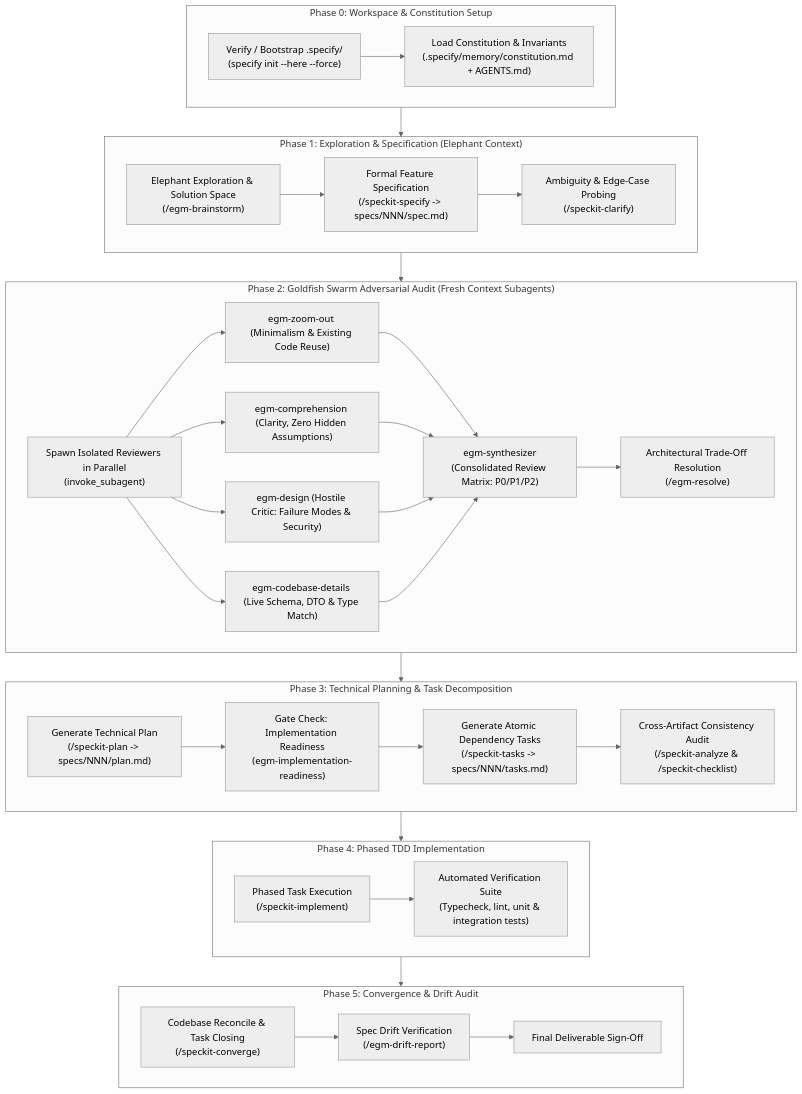
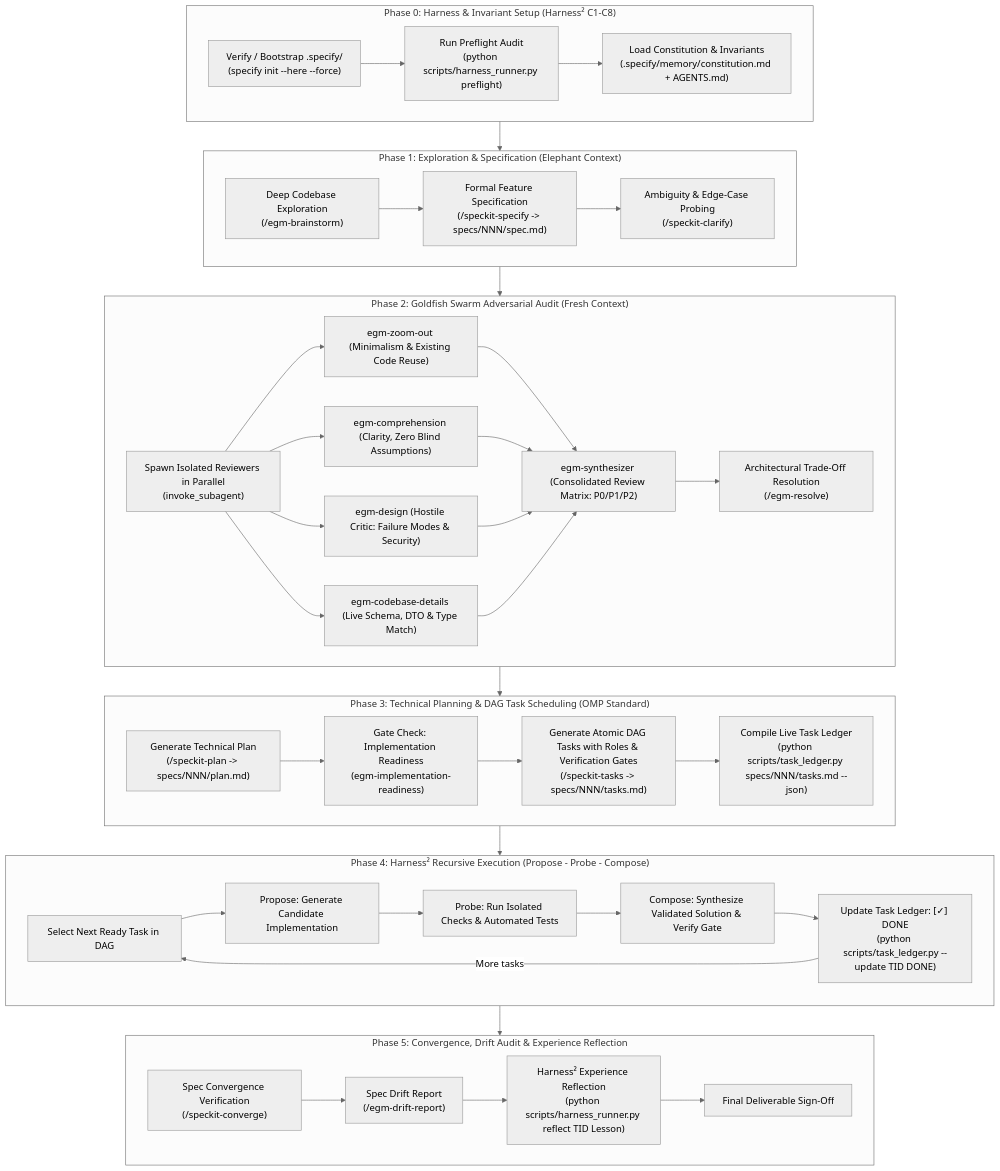
Before and after one commit to Royal2005-coder/oh-my-anti: the diagram in skills/egm-speckit/SKILL.md, drawn with Mermaid (neutral theme). The commit also changed other lines of this file and 7 other files, not shown here.

Commit message:
feat: integrate Google Research Harness2 recursive agent architecture and OMP task ledger

````diff
--- a/skills/egm-speckit/SKILL.md
+++ b/skills/egm-speckit/SKILL.md
@@ -22,38 +25,44 @@
 ```mermaid
 flowchart TD
-    subgraph P0["Phase 0: Workspace & Constitution Setup"]
-        A0["Verify / Bootstrap .specify/<br/>(specify init --here --force)"] --> A1["Load Constitution & Invariants<br/>(.specify/memory/constitution.md + AGENTS.md)"]
+    subgraph P0["Phase 0: Harness & Invariant Setup (Harness² C1-C8)"]
+        A0["Verify / Bootstrap .specify/<br/>(specify init --here --force)"] --> A1["Run Preflight Audit<br/>(python scripts/harness_runner.py preflight)"]
+        A1 --> A2["Load Constitution & Invariants<br/>(.specify/memory/constitution.md + AGENTS.md)"]
     end
 
     subgraph P1["Phase 1: Exploration & Specification (Elephant Context)"]
-        B1["Elephant Exploration & Solution Space<br/>(/egm-brainstorm)"] --> B2["Formal Feature Specification<br/>(/speckit-specify -> specs/NNN/spec.md)"]
+        B1["Deep Codebase Exploration<br/>(/egm-brainstorm)"] --> B2["Formal Feature Specification<br/>(/speckit-specify -> specs/NNN/spec.md)"]
         B2 --> B3["Ambiguity & Edge-Case Probing<br/>(/speckit-clarify)"]
     end
 
-    subgraph P2["Phase 2: Goldfish Swarm Adversarial Audit (Fresh Context Subagents)"]
+    subgraph P2["Phase 2: Goldfish Swarm Adversarial Audit (Fresh Context)"]
         C0["Spawn Isolated Reviewers in Parallel<br/>(invoke_subagent)"]
         C0 --> C1["egm-zoom-out (Minimalism & Existing Code Reuse)"]
-        C0 --> C2["egm-comprehension (Clarity, Zero Hidden Assumptions)"]
+        C0 --> C2["egm-comprehension (Clarity, Zero Blind Assumptions)"]
         C0 --> C3["egm-design (Hostile Critic: Failure Modes & Security)"]
         C0 --> C4["egm-codebase-details (Live Schema, DTO & Type Match)"]
-        C1 & C2 & C3 & C4 --> C5["egm-synthesizer<br/>(Consolidated Review Matrix: P0/P1/P2)"]
+        C1 & C2 & C3 & C4 --> C5["egm-synthesizer (Consolidated Review Matrix: P0/P1/P2)"]
         C5 --> C6["Architectural Trade-Off Resolution<br/>(/egm-resolve)"]
     end
 
-    subgraph P3["Phase 3: Technical Planning & Task Decomposition"]
+    subgraph P3["Phase 3: Technical Planning & DAG Task Scheduling (OMP Standard)"]
         D1["Generate Technical Plan<br/>(/speckit-plan -> specs/NNN/plan.md)"] --> D2["Gate Check: Implementation Readiness<br/>(egm-implementation-readiness)"]
-        D2 --> D3["Generate Atomic Dependency Tasks<br/>(/speckit-tasks -> specs/NNN/tasks.md)"]
-        D3 --> D4["Cross-Artifact Consistency Audit<br/>(/speckit-analyze & /speckit-checklist)"]
+        D2 --> D3["Generate Atomic DAG Tasks with Roles & Verification Gates<br/>(/speckit-tasks -> specs/NNN/tasks.md)"]
+        D3 --> D4["Compile Live Task Ledger<br/>(python scripts/task_ledger.py specs/NNN/tasks.md --json)"]
     end
 
-    subgraph P4["Phase 4: Phased TDD Implementation"]
-        E1["Phased Task Execution<br/>(/speckit-implement)"] --> E2["Automated Verification Suite<br/>(Typecheck, lint, unit & integration tests)"]
+    subgraph P4["Phase 4: Harness² Recursive Execution (Propose - Probe - Compose)"]
+        E1["Select Next Ready Task in DAG"] --> E2["Propose: Generate Candidate Implementation"]
+        E2 --> E3["Probe: Run Isolated Checks & Automated Tests"]
+        E3 --> E4["Compose: Synthesize Validated Solution & Verify Gate"]
+        E4 --> E5["Update Task Ledger: [✓] DONE<br/>(python scripts/task_ledger.py --update TID DONE)"]
+        E5 -->|More tasks| E1
     end
 
-    subgraph P5["Phase 5: Convergence & Drift Audit"]
-        F1["Codebase Reconcile & Task Closing<br/>(/speckit-converge)"] --> F2["Spec Drift Verification<br/>(/egm-drift-report)"]
-        F2 --> F3["Final Deliverable Sign-Off"]
+    subgraph P5["Phase 5: Convergence, Drift Audit & Experience Reflection"]
+        F1["Spec Convergence Verification<br/>(/speckit-converge)"] --> F2["Spec Drift Report<br/>(/egm-drift-report)"]
+        F2 --> F3["Harness² Experience Reflection<br/>(python scripts/harness_runner.py reflect TID Lesson)"]
+        F3 --> F4["Final Deliverable Sign-Off"]
     end
 
     P0 --> P1 --> P2 --> P3 --> P4 --> P5
 ```
````
